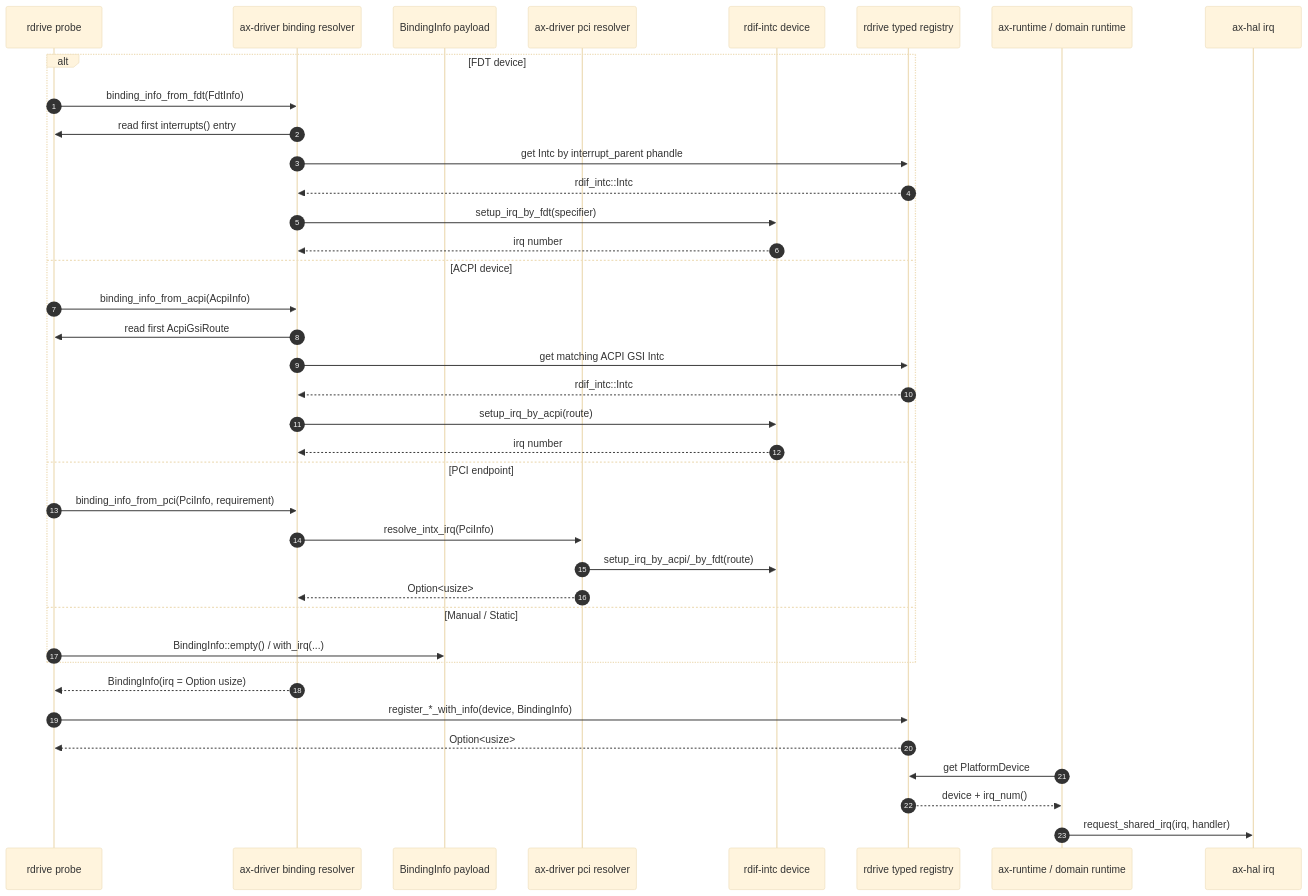
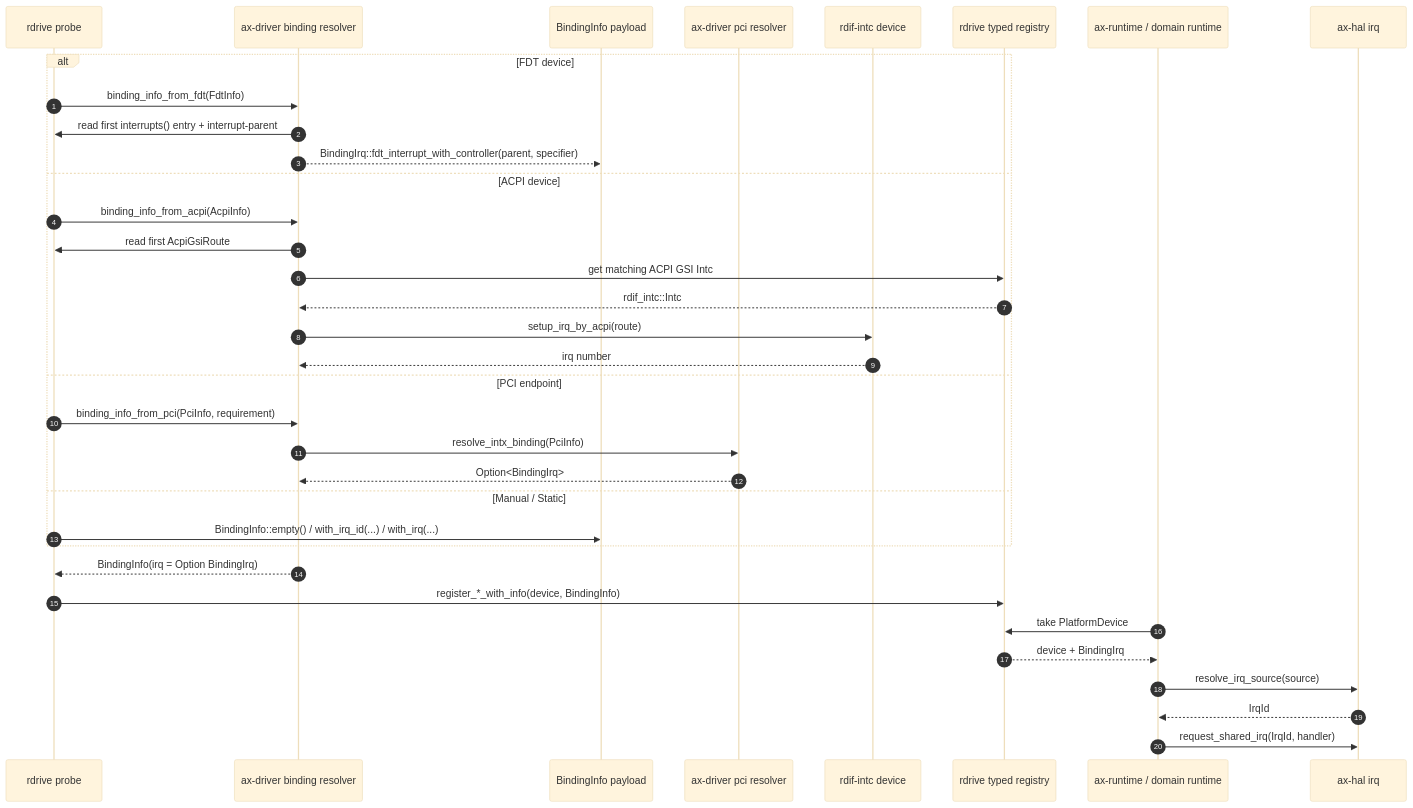
One commit to rcore-os/tgoskits changed the third of 3 diagrams in docs/docs/architecture/rdrive-rdif.md. Above: the diagram before and after it, drawn with Mermaid (base theme). The commit also changed other lines of this file and 6 other files, not shown here.

Commit message:
refactor(rdif-intc): accept controller irq domains from callers

````diff
--- a/docs/docs/architecture/rdrive-rdif.md
+++ b/docs/docs/architecture/rdrive-rdif.md
@@ -166,42 +166,39 @@
 ```mermaid
 sequenceDiagram
     autonumber
     participant Probe as rdrive probe
     participant Resolver as ax-driver binding resolver
     participant Binding as BindingInfo payload
     participant Pci as ax-driver pci resolver
     participant Intc as rdif-intc device
     participant Registry as rdrive typed registry
     participant Runtime as ax-runtime / domain runtime
     participant Hal as ax-hal irq
 
     alt FDT device
         Probe->>Resolver: binding_info_from_fdt(FdtInfo)
-        Resolver->>Probe: read first interrupts() entry
-        Resolver->>Registry: get Intc by interrupt_parent phandle
-        Registry-->>Resolver: rdif_intc::Intc
-        Resolver->>Intc: setup_irq_by_fdt(specifier)
-        Intc-->>Resolver: irq number
+        Resolver->>Probe: read first interrupts() entry + interrupt-parent
+        Resolver-->>Binding: BindingIrq::fdt_interrupt_with_controller(parent, specifier)
     else ACPI device
         Probe->>Resolver: binding_info_from_acpi(AcpiInfo)
         Resolver->>Probe: read first AcpiGsiRoute
         Resolver->>Registry: get matching ACPI GSI Intc
         Registry-->>Resolver: rdif_intc::Intc
         Resolver->>Intc: setup_irq_by_acpi(route)
         Intc-->>Resolver: irq number
     else PCI endpoint
         Probe->>Resolver: binding_info_from_pci(PciInfo, requirement)
-        Resolver->>Pci: resolve_intx_irq(PciInfo)
-        Pci->>Intc: setup_irq_by_acpi/_by_fdt(route)
-        Pci-->>Resolver: Option<usize>
+        Resolver->>Pci: resolve_intx_binding(PciInfo)
+        Pci-->>Resolver: Option<BindingIrq>
     else Manual / Static
-        Probe->>Binding: BindingInfo::empty() / with_irq(...)
+        Probe->>Binding: BindingInfo::empty() / with_irq_id(...) / with_irq(...)
     end
 
-    Resolver-->>Probe: BindingInfo(irq = Option usize)
+    Resolver-->>Probe: BindingInfo(irq = Option BindingIrq)
     Probe->>Registry: register_*_with_info(device, BindingInfo)
-    Registry-->>Probe: Option<usize>
-    Runtime->>Registry: get PlatformDevice
-    Registry-->>Runtime: device + irq_num()
-    Runtime->>Hal: request_shared_irq(irq, handler)
+    Runtime->>Registry: take PlatformDevice
+    Registry-->>Runtime: device + BindingIrq
+    Runtime->>Hal: resolve_irq_source(source)
+    Hal-->>Runtime: IrqId
+    Runtime->>Hal: request_shared_irq(IrqId, handler)
 ```
````
